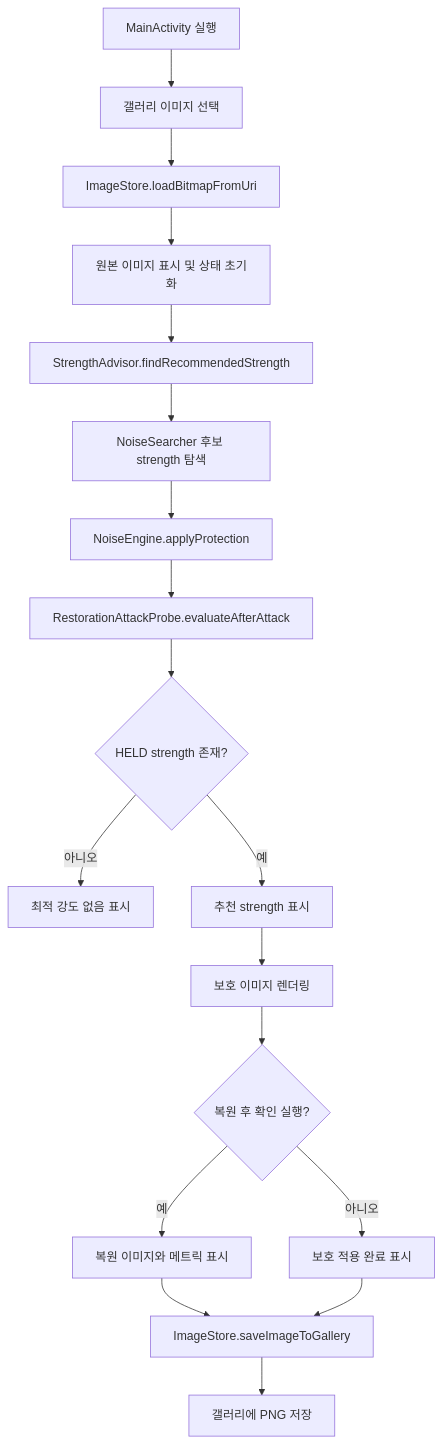
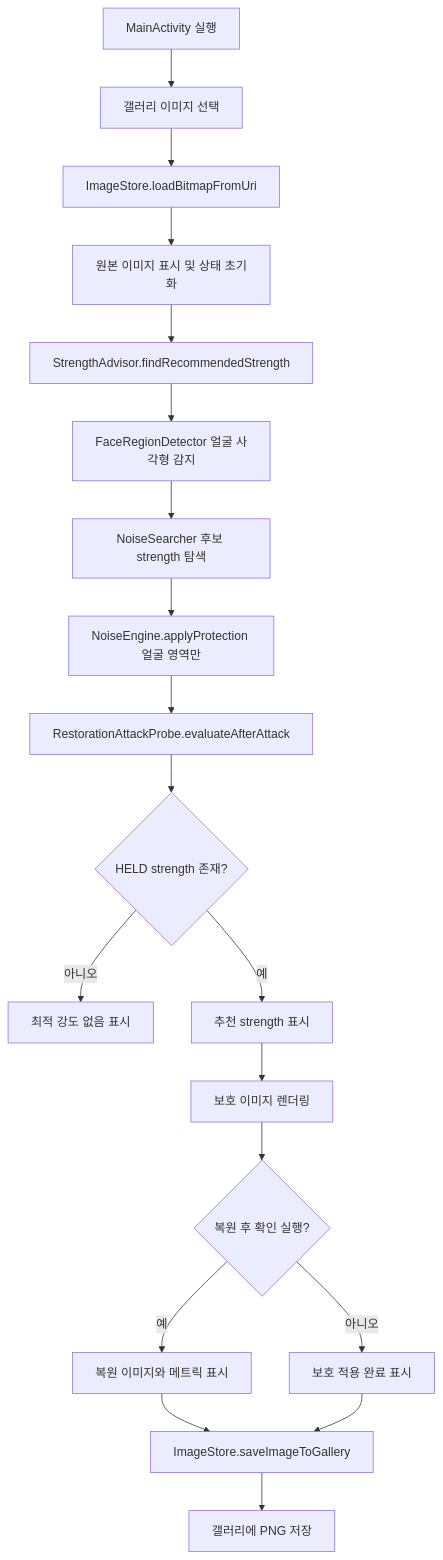
One commit to js4484821266/Haan-Ghil-Muulnaat changed the first of 6 diagrams in ABSORB.md. Above: the diagram before and after it, drawn with Mermaid. The commit also changed other lines of this file and 9 other files, not shown here.

Commit message:
feat: apply noise on the face box area only

````diff
--- a/ABSORB.md
+++ b/ABSORB.md
@@ -64,20 +66,21 @@
 ```mermaid
 flowchart TD
     A[MainActivity 실행] --> B[갤러리 이미지 선택]
     B --> C[ImageStore.loadBitmapFromUri]
     C --> D[원본 이미지 표시 및 상태 초기화]
     D --> E[StrengthAdvisor.findRecommendedStrength]
-    E --> F[NoiseSearcher 후보 strength 탐색]
-    F --> G[NoiseEngine.applyProtection]
+    E --> R[FaceRegionDetector 얼굴 사각형 감지]
+    R --> F[NoiseSearcher 후보 strength 탐색]
+    F --> G[NoiseEngine.applyProtection 얼굴 영역만]
     G --> H[RestorationAttackProbe.evaluateAfterAttack]
     H --> I{HELD strength 존재?}
     I -- 아니오 --> J[최적 강도 없음 표시]
     I -- 예 --> K[추천 strength 표시]
     K --> L[보호 이미지 렌더링]
     L --> M{복원 후 확인 실행?}
     M -- 예 --> N[복원 이미지와 메트릭 표시]
     M -- 아니오 --> O[보호 적용 완료 표시]
     N --> P[ImageStore.saveImageToGallery]
     O --> P
     P --> Q[갤러리에 PNG 저장]
 ```
````
